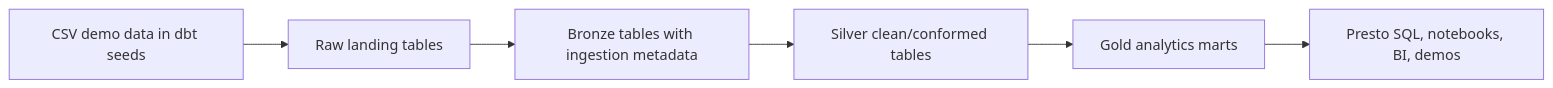
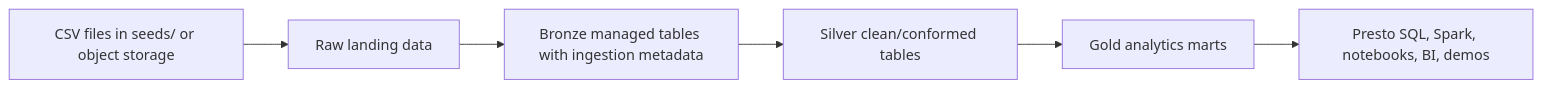
Before and after one commit to aseelert/ibmas-watsonxdata-dbt: the second of 2 diagrams in README.md, drawn with Mermaid. The commit also changed other lines of this file and 16 other files, not shown here.

Commit message:
Add MkDocs demo guide and Spark parity

````diff
--- a/README.md
+++ b/README.md
@@ -9,8 +73,8 @@
 ```mermaid
 flowchart LR
-  A["CSV demo data in dbt seeds"] --> B["Raw landing tables"]
-  B --> C["Bronze tables with ingestion metadata"]
+  A["CSV files in seeds/ or object storage"] --> B["Raw landing data"]
+  B --> C["Bronze managed tables with ingestion metadata"]
   C --> D["Silver clean/conformed tables"]
   D --> E["Gold analytics marts"]
-  E --> F["Presto SQL, notebooks, BI, demos"]
+  E --> F["Presto SQL, Spark, notebooks, BI, demos"]
 ```
````
